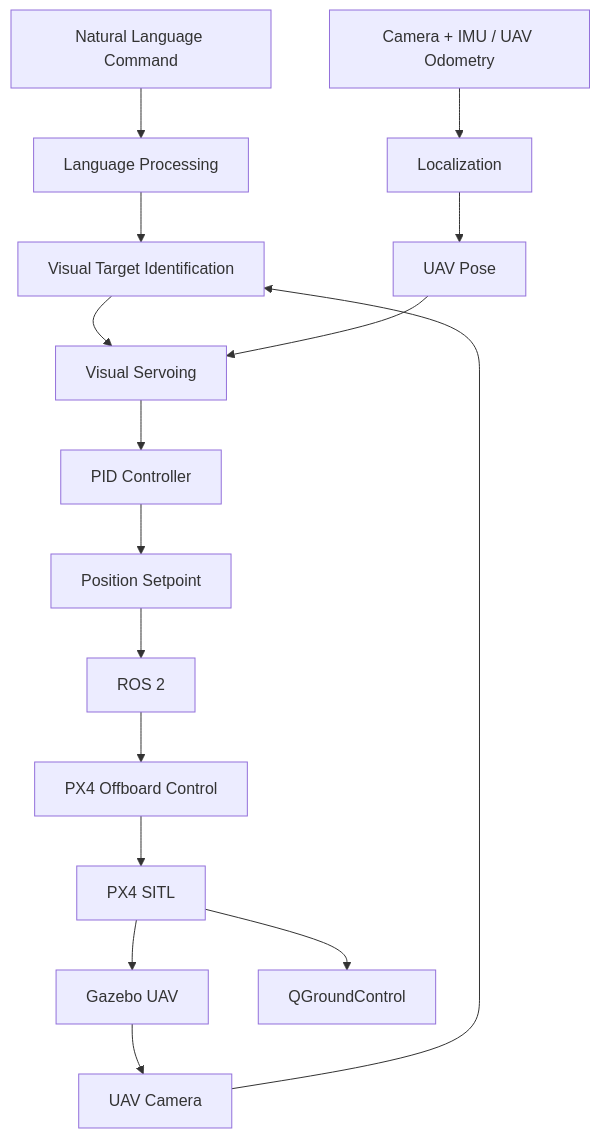
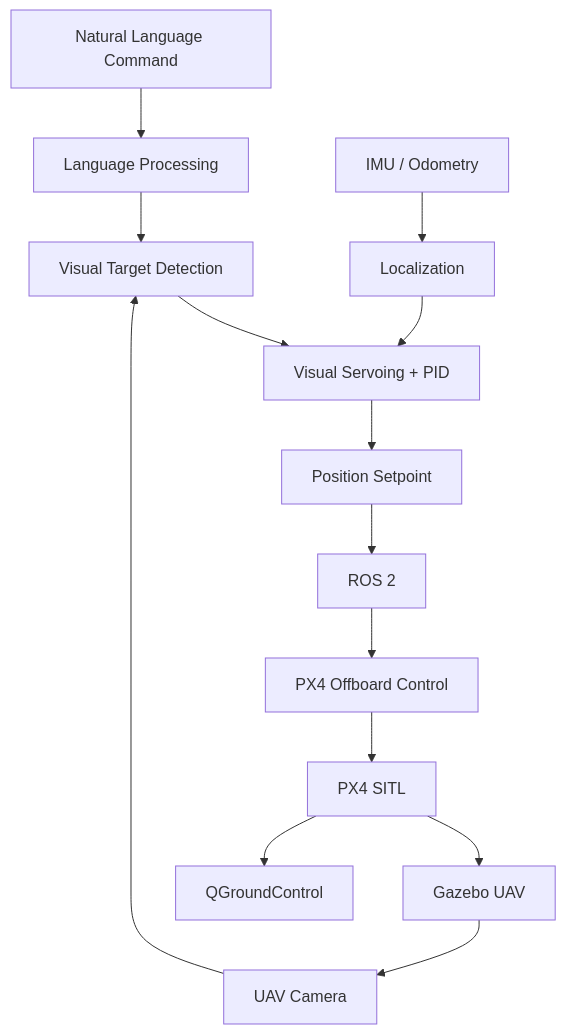
One commit to sandhiyaa031/Drones_S5_CD9_Vision_Language_UAV_Navigation changed the diagram in README.md. Above: the diagram before and after it, drawn with Mermaid. The commit also changed other lines of this file, not shown here.

````diff
--- a/README.md
+++ b/README.md
@@ -90,22 +76,20 @@
 ```mermaid
 flowchart TD
     A["Natural Language Command"] --> B["Language Processing"]
-    B --> C["Visual Target Identification"]
+    B --> C["Visual Target Detection"]
 
     D["UAV Camera"] --> C
-    C --> E["Visual Servoing"]
-    E --> F["PID Controller"]
-    F --> G["Position Setpoint"]
+    C --> E["Visual Servoing + PID"]
+    E --> F["Position Setpoint"]
 
-    H["Camera + IMU / UAV Odometry"] --> I["Localization"]
-    I --> J["UAV Pose"]
-    J --> E
+    G["IMU / Odometry"] --> H["Localization"]
+    H --> E
 
-    G --> K["ROS 2"]
-    K --> L["PX4 Offboard Control"]
-    L --> M["PX4 SITL"]
-    M --> N["Gazebo UAV"]
+    F --> I["ROS 2"]
+    I --> J["PX4 Offboard Control"]
+    J --> K["PX4 SITL"]
+    K --> L["Gazebo UAV"]
 
-    N --> D
-    M --> O["QGroundControl"]
+    L --> D
+    K --> M["QGroundControl"]
 ```
````
